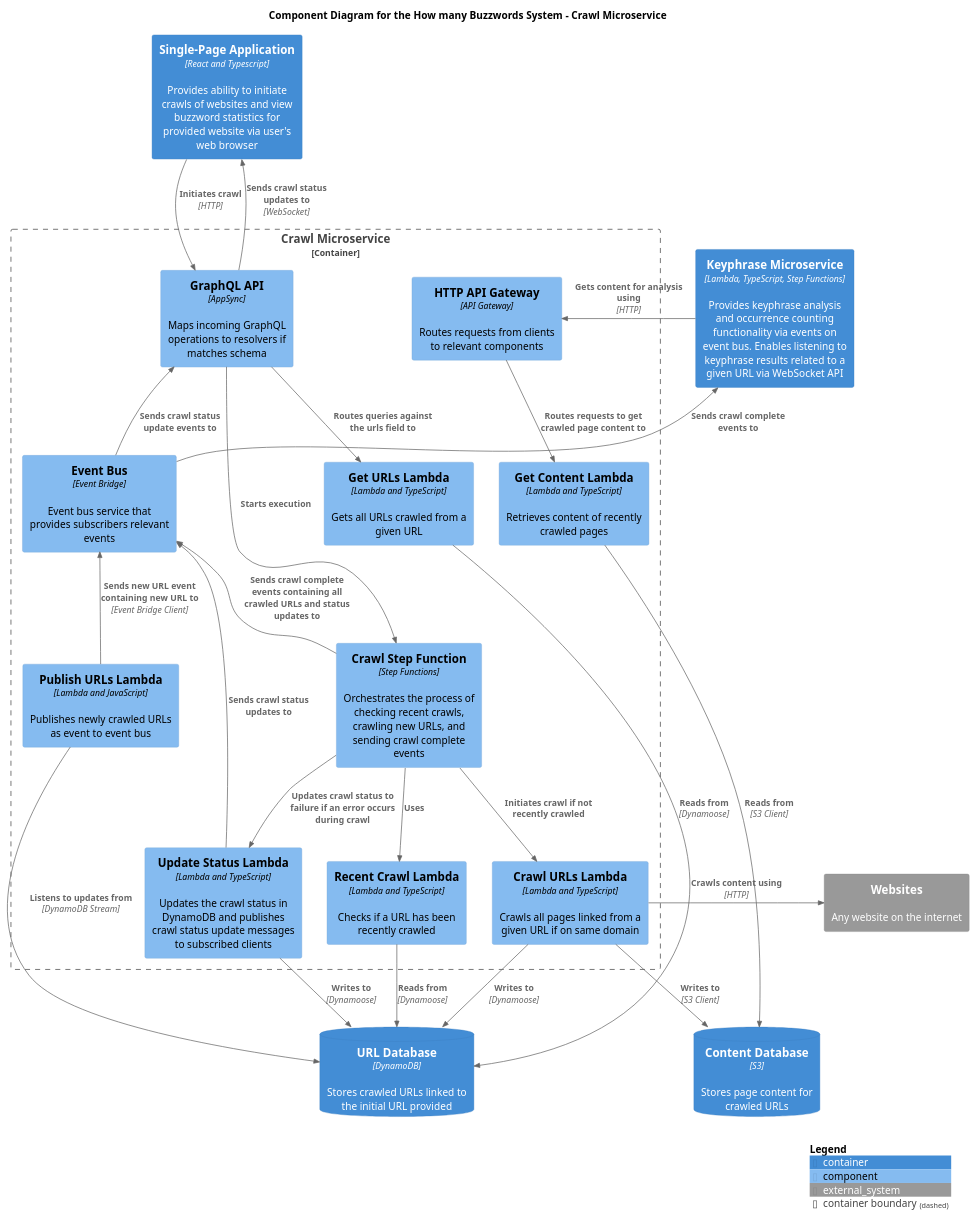
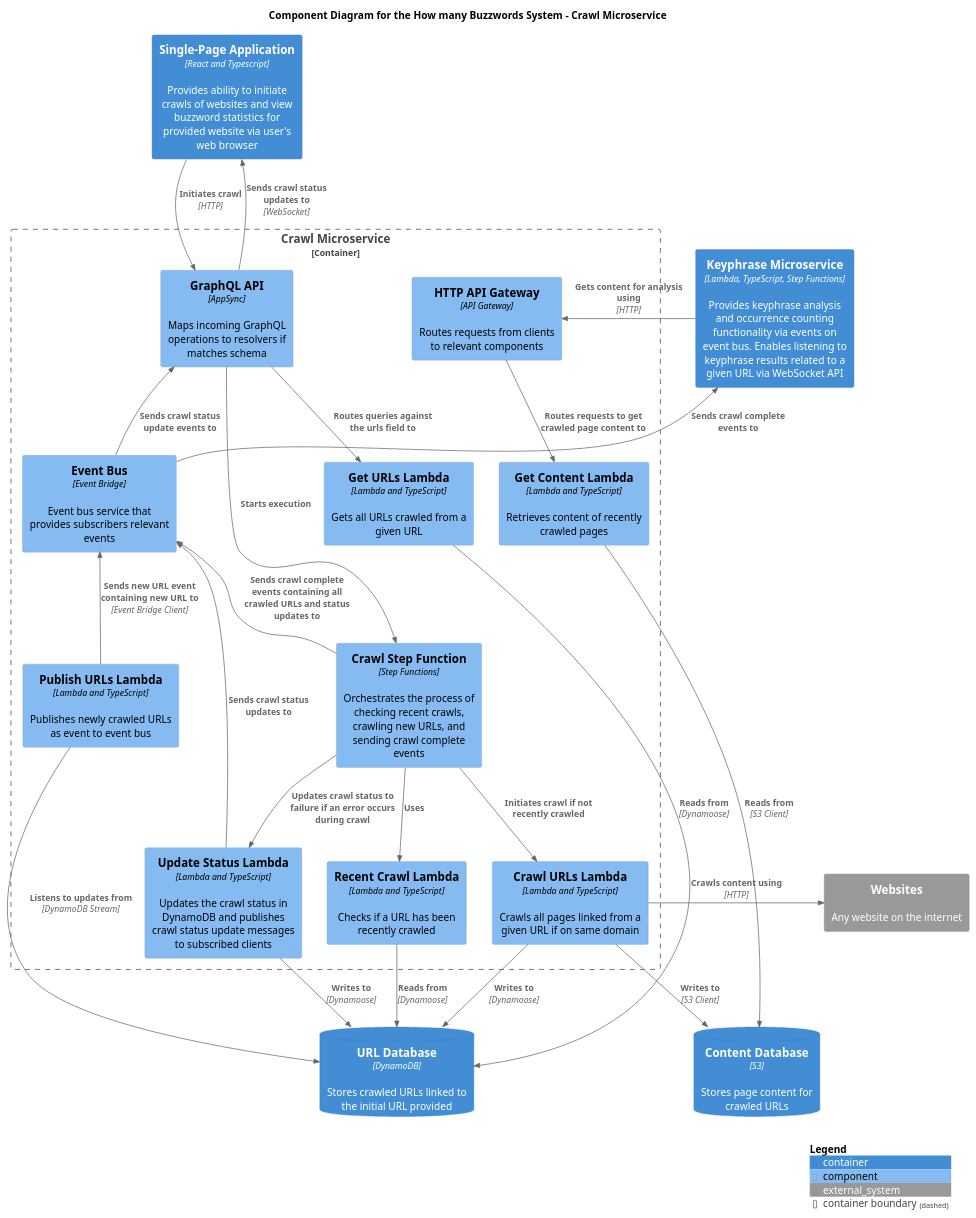
One commit to ashley-evans/how-many-buzzwords changed the diagram in docs/c4-diagrams/buzzword-c4-component-crawl-microservice.puml. Above: the diagram before and after it, drawn with PlantUML.

Commit message:
Update crawl component diagram to reflect publish URL rewrite in TS

```diff
--- a/docs/c4-diagrams/buzzword-c4-component-crawl-microservice.puml
+++ b/docs/c4-diagrams/buzzword-c4-component-crawl-microservice.puml
@@ -1,65 +1,65 @@
 @startuml Buzzword C4 Component Diagram
 
 !include https://raw.githubusercontent.com/plantuml-stdlib/C4-PlantUML/master/C4_Component.puml
 
 title Component Diagram for the How many Buzzwords System - Crawl Microservice
 
 Container(single_page_application, "Single-Page Application", "React and Typescript", $descr="Provides ability to initiate crawls of websites and view buzzword statistics for provided website via user's web browser")
 Container(keyphrase_microservice, "Keyphrase Microservice", "Lambda, TypeScript, Step Functions", "Provides keyphrase analysis and occurrence counting functionality via events on event bus. Enables listening to keyphrase results related to a given URL via WebSocket API")
 
 Container_Boundary(crawl_microservice_boundary, "Crawl Microservice") {
     Component(api_gateway, "HTTP API Gateway", "API Gateway", "Routes requests from clients to relevant components")
     Component(graphql_api, "GraphQL API", "AppSync", "Maps incoming GraphQL operations to resolvers if matches schema")
     Component(step_function, "Crawl Step Function", "Step Functions", "Orchestrates the process of checking recent crawls, crawling new URLs, and sending crawl complete events")
     Component(recent_crawl_lambda, "Recent Crawl Lambda", "Lambda and TypeScript", "Checks if a URL has been recently crawled")
     Component(crawl_urls_lambda, "Crawl URLs Lambda", "Lambda and TypeScript", "Crawls all pages linked from a given URL if on same domain")
     Component(get_content_lambda, "Get Content Lambda", "Lambda and TypeScript", "Retrieves content of recently crawled pages")
     Component(get_urls_lambda, "Get URLs Lambda", "Lambda and TypeScript", "Gets all URLs crawled from a given URL")
-    Component(publish_urls_lambda, "Publish URLs Lambda", "Lambda and JavaScript", "Publishes newly crawled URLs as event to event bus")
+    Component(publish_urls_lambda, "Publish URLs Lambda", "Lambda and TypeScript", "Publishes newly crawled URLs as event to event bus")
     Component(update_status_lambda, "Update Status Lambda", "Lambda and TypeScript", "Updates the crawl status in DynamoDB and publishes crawl status update messages to subscribed clients")
     Component(event_bus, "Event Bus", "Event Bridge", "Event bus service that provides subscribers relevant events")
 }
 
 ContainerDb(url_db, "URL Database", "DynamoDB", $descr="Stores crawled URLs linked to the initial URL provided")
 ContainerDb(content_db, "Content Database", "S3", $descr="Stores page content for crawled URLs")
 
 System_Ext(websites, "Websites", "Any website on the internet")
 
 Rel(single_page_application, graphql_api, "Initiates crawl", "HTTP")
 
 Rel(graphql_api, single_page_application, "Sends crawl status updates to", "WebSocket")
 Rel(graphql_api, step_function, "Starts execution")
 Rel(graphql_api, get_urls_lambda, "Routes queries against the urls field to")
 
 Rel(api_gateway, get_content_lambda, "Routes requests to get crawled page content to")
 
 Rel(step_function, recent_crawl_lambda, "Uses")
 Rel(step_function, crawl_urls_lambda, "Initiates crawl if not recently crawled")
 Rel_U(step_function, event_bus, "Sends crawl complete events containing all crawled URLs and status updates to")
 Rel(step_function, update_status_lambda, "Updates crawl status to failure if an error occurs during crawl")
 
 Rel(recent_crawl_lambda, url_db, "Reads from", "Dynamoose")
 
 Rel(crawl_urls_lambda, url_db, "Writes to", "Dynamoose")
 Rel(crawl_urls_lambda, content_db, "Writes to", "S3 Client")
 Rel_R(crawl_urls_lambda, websites, "Crawls content using", "HTTP")
 
 Rel(get_urls_lambda, url_db, "Reads from", "Dynamoose")
 
 Rel(get_content_lambda, content_db, "Reads from", "S3 Client")
 
 Rel(publish_urls_lambda, url_db, "Listens to updates from", "DynamoDB Stream")
 Rel_U(publish_urls_lambda, event_bus, "Sends new URL event containing new URL to", "Event Bridge Client")
 
 Rel(update_status_lambda, url_db, "Writes to", "Dynamoose")
 Rel_U(update_status_lambda, event_bus, "Sends crawl status updates to")
 
 Rel_U(event_bus, keyphrase_microservice, "Sends crawl complete events to")
 Rel_U(keyphrase_microservice, api_gateway, "Gets content for analysis using", "HTTP")
 
 Rel_U(event_bus, graphql_api, "Sends crawl status update events to")
 
 
 SHOW_LEGEND()
 
 @enduml
```
